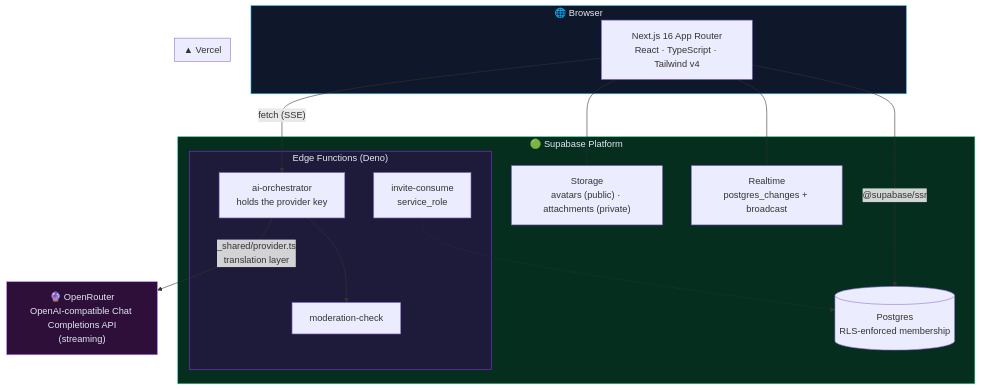
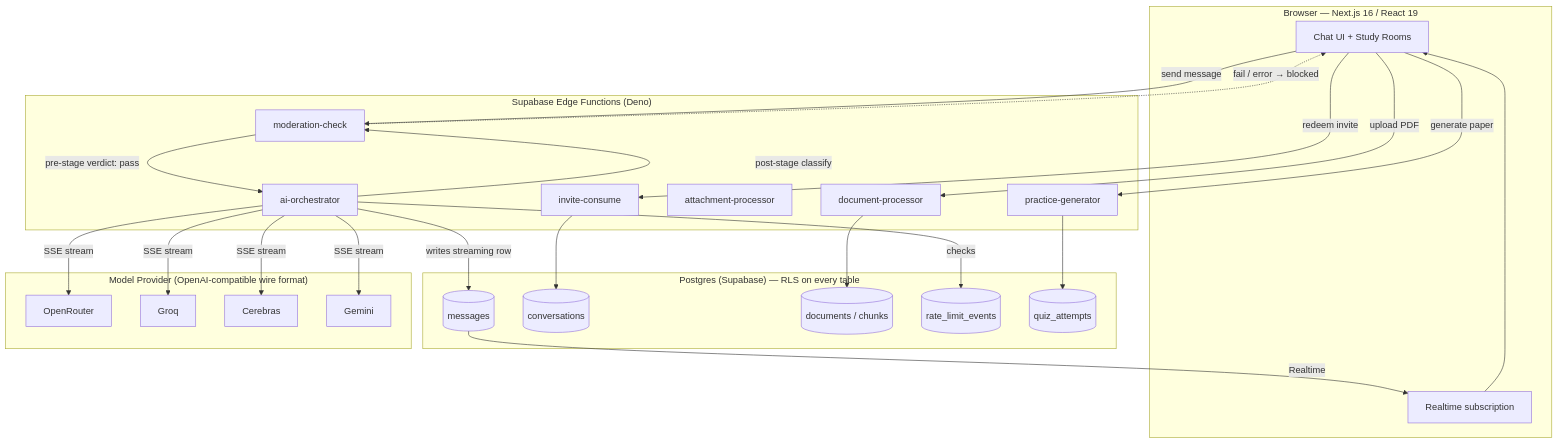
One commit to Crusty-chirayu/AARAGATE changed the diagram in README.md. Above: the diagram before and after it, drawn with Mermaid. The commit also changed other lines of this file, not shown here.

````diff
--- a/README.md
+++ b/README.md
@@ -158,37 +84,44 @@
 ```mermaid
 flowchart TB
-    subgraph Client["🌐 Browser"]
-        UI["Next.js 16 App Router\nReact · TypeScript · Tailwind v4"]
+    subgraph Client["Browser — Next.js 16 / React 19"]
+        UI[Chat UI + Study Rooms]
+        RT[Realtime subscription]
     end
 
-    subgraph Vercel["▲ Vercel"]
-        UI
+    subgraph Edge["Supabase Edge Functions (Deno)"]
+        MOD[moderation-check]
+        ORCH[ai-orchestrator]
+        DOC[document-processor]
+        ATT[attachment-processor]
+        PRAC[practice-generator]
+        INV[invite-consume]
     end
 
-    subgraph Supabase["🟢 Supabase Platform"]
-        PG[("Postgres\nRLS-enforced membership")]
-        RT["Realtime\npostgres_changes + broadcast"]
-        ST["Storage\navatars (public) · attachments (private)"]
-
-        subgraph Edge["Edge Functions (Deno)"]
-            AO["ai-orchestrator\nholds the provider key"]
-            MC["moderation-check"]
-            IC["invite-consume\nservice_role"]
-        end
+    subgraph DB["Postgres (Supabase) — RLS on every table"]
+        MSG[(messages)]
+        CONV[(conversations)]
+        DOCS[(documents / chunks)]
+        RATE[(rate_limit_events)]
+        QUIZ[(quiz_attempts)]
     end
 
-    OR["🔮 OpenRouter\nOpenAI-compatible Chat Completions API\n(streaming)"]
+    subgraph Provider["Model Provider (OpenAI-compatible wire format)"]
+        OR[OpenRouter]
+        GQ[Groq]
+        CB[Cerebras]
+        GM[Gemini]
+    end
 
-    UI -- "@supabase/ssr" --> PG
-    UI --- RT
-    UI --- ST
-    UI -- "fetch (SSE)" --> AO
-    AO --> MC
-    AO -- "_shared/provider.ts\ntranslation layer" --> OR
-    IC -.-> PG
+    UI -->|send message| MOD
+    MOD -->|pre-stage verdict: pass| ORCH
+    MOD -.->|fail / error → blocked| UI
+    ORCH -->|checks| RATE
+    ORCH -->|SSE stream| OR & GQ & CB & GM
+    ORCH -->|post-stage classify| MOD
+    ORCH -->|writes streaming row| MSG
+    MSG -->|Realtime| RT --> UI
 
-    style Client fill:#0f172a,stroke:#38bdf8,color:#e2e8f0
-    style Supabase fill:#052e1f,stroke:#3ecf8e,color:#e2e8f0
-    style Edge fill:#1e1b3a,stroke:#8a2be2,color:#e2e8f0
-    style OR fill:#2d0f3a,stroke:#c084fc,color:#e2e8f0
+    UI -->|upload PDF| DOC --> DOCS
+    UI -->|generate paper| PRAC --> QUIZ
+    UI -->|redeem invite| INV --> CONV
 ```
````
